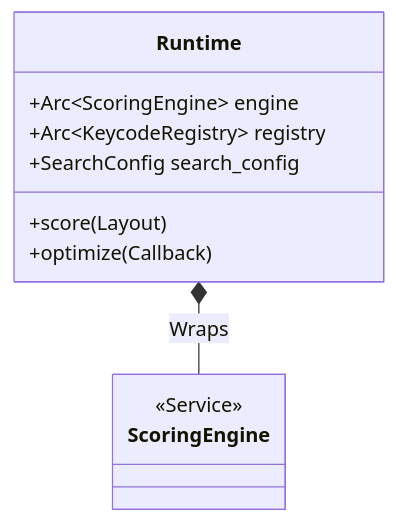
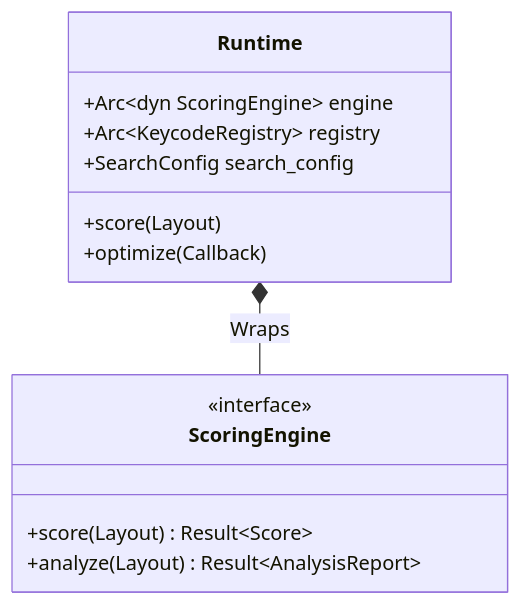
Before and after one commit to infodungeon/keyforge: the first of 2 diagrams in docs/design/keyforge-compute/README.md, drawn with Mermaid. The commit also changed other lines of this file and 100 other files, not shown here.

````diff
--- a/docs/design/keyforge-compute/README.md
+++ b/docs/design/keyforge-compute/README.md
@@ -10,16 +10,18 @@
 ```mermaid
 classDiagram
     class Runtime {
-        +Arc~ScoringEngine~ engine
+        +Arc~dyn ScoringEngine~ engine
         +Arc~KeycodeRegistry~ registry
         +SearchConfig search_config
         +score(Layout)
         +optimize(Callback)
     }
 
     class ScoringEngine {
-        <<Service>>
+        <<interface>>
+        +score(Layout) Result~Score~
+        +analyze(Layout) Result~AnalysisReport~
     }
 
     Runtime *-- ScoringEngine : Wraps
 ```
````
